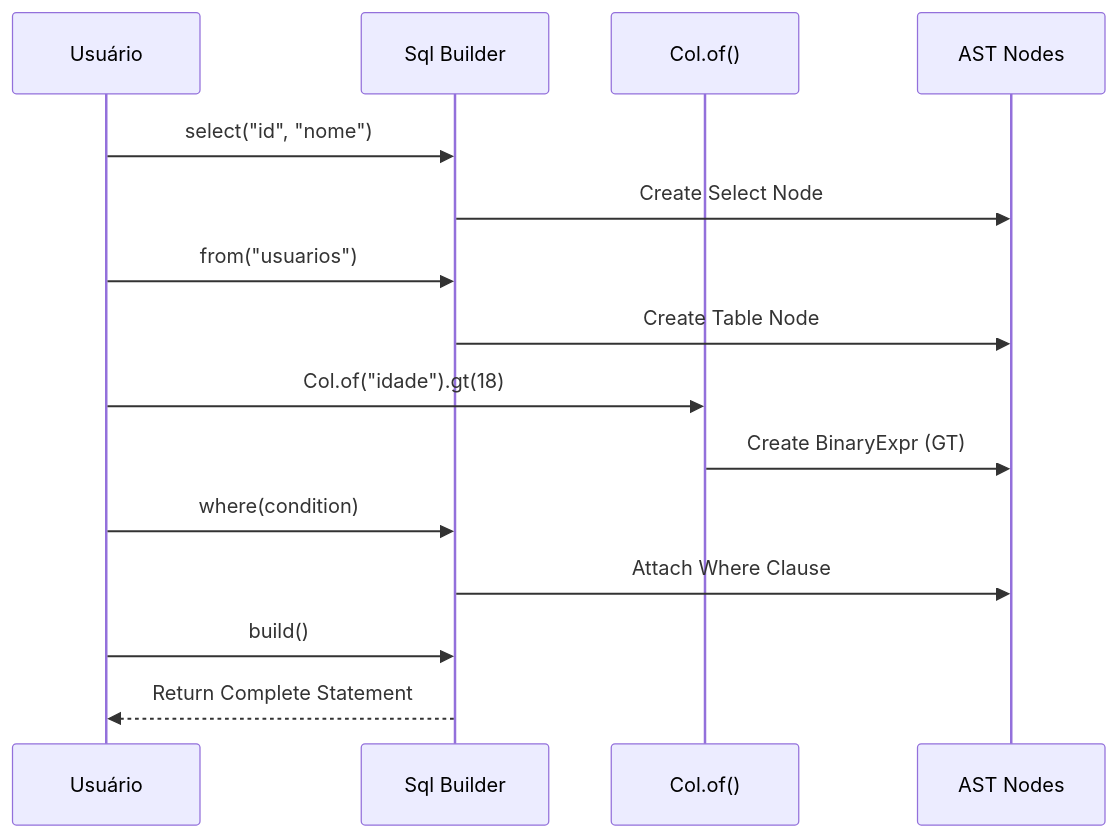
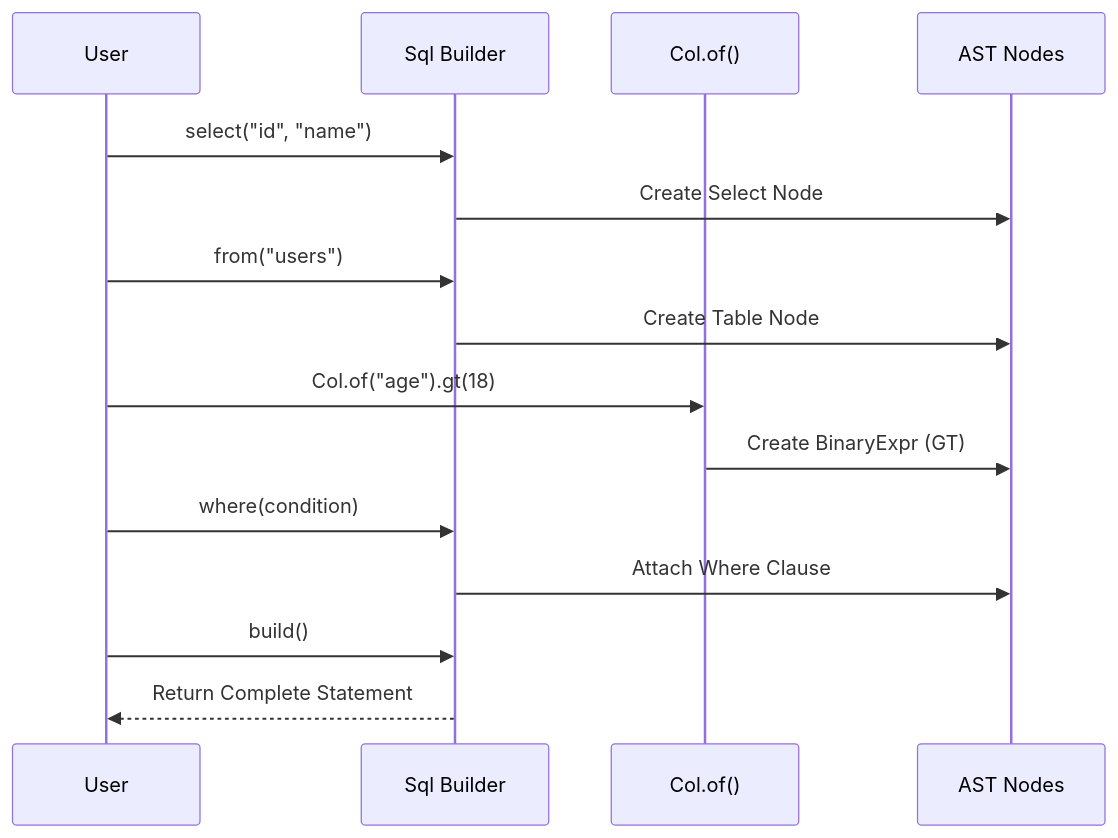
One commit to Bare-Sql-Engine/bare-sql-java changed the second of 15 diagrams in DOCUMENTACAO.md. Above: the diagram before and after it, drawn with Mermaid. The commit also changed other lines of this file and 1 other file, not shown here.

````diff
--- a/DOCUMENTACAO.md
+++ b/DOCUMENTACAO.md
@@ -89,18 +89,18 @@
 ```mermaid
 sequenceDiagram
-    participant User as Usuário
+    participant User
     participant Builder as Sql Builder
     participant Col as Col.of()
     participant AST as AST Nodes
     
-    User->>Builder: select("id", "nome")
+    User->>Builder: select("id", "name")
     Builder->>AST: Create Select Node
-    User->>Builder: from("usuarios")
+    User->>Builder: from("users")
     Builder->>AST: Create Table Node
-    User->>Col: Col.of("idade").gt(18)
+    User->>Col: Col.of("age").gt(18)
     Col->>AST: Create BinaryExpr (GT)
     User->>Builder: where(condition)
     Builder->>AST: Attach Where Clause
     User->>Builder: build()
     Builder-->>User: Return Complete Statement
 ```
````
